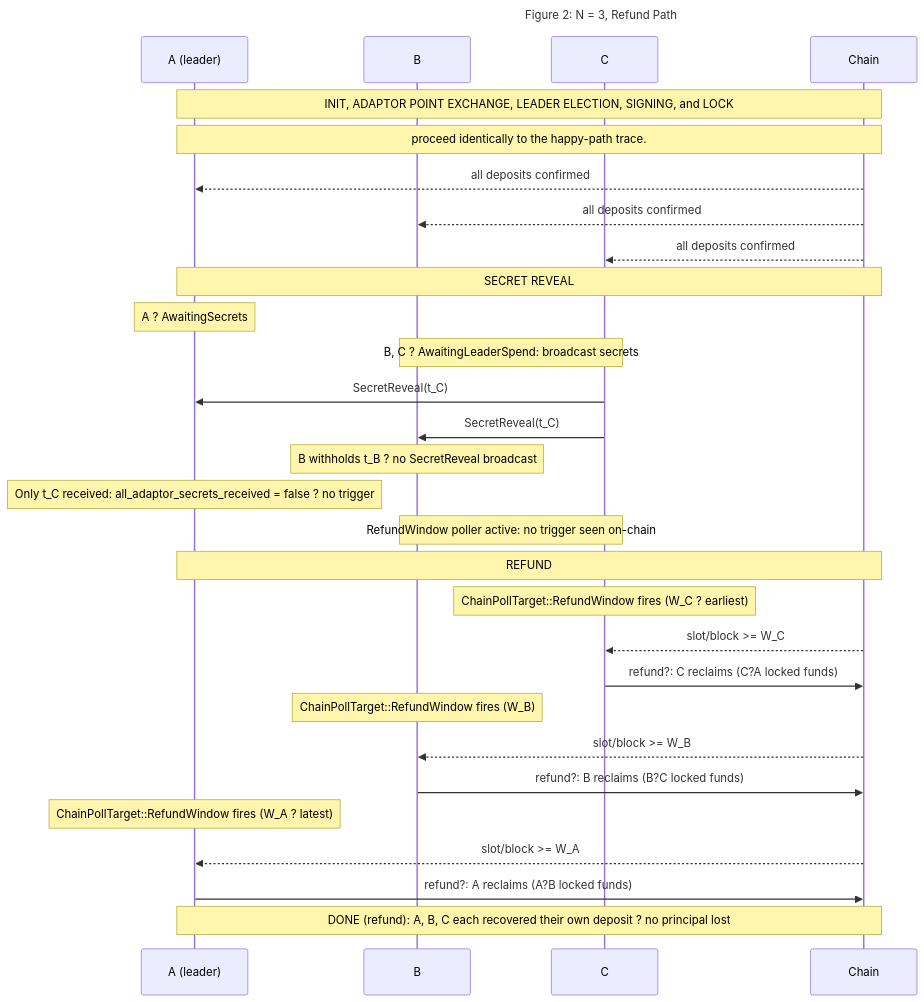
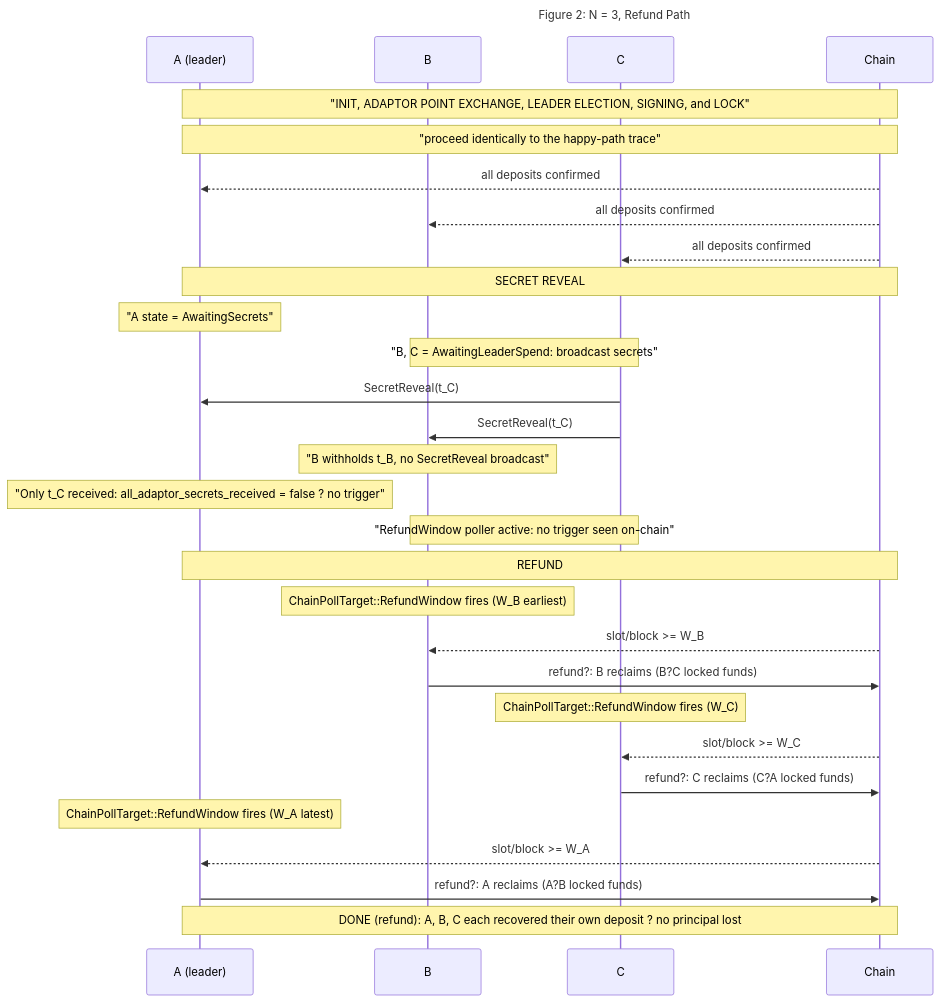
One commit to input-output-hk/cyclic-atomic-swap changed the second of 2 diagrams in docs/arc42/5_bbw_examples.md. Above: the diagram before and after it, drawn with Mermaid. The commit also changed other lines of this file, not shown here.

Commit message:
arc42 1 Introduction. and Goals; 5 Building Block View examples corrected.

````diff
--- a/docs/arc42/5_bbw_examples.md
+++ b/docs/arc42/5_bbw_examples.md
@@ -109,41 +109,41 @@
 ```mermaid
 ---
 title: "Figure 2: N = 3, Refund Path"
 ---
 sequenceDiagram
     participant A as A (leader)
     participant B as B
     participant C as C
     participant Chain as Chain
 
-    Note over A,Chain: INIT, ADAPTOR POINT EXCHANGE, LEADER ELECTION, SIGNING, and LOCK
-    Note over A,Chain: proceed identically to the happy-path trace.
+    Note over A,Chain: "INIT, ADAPTOR POINT EXCHANGE, LEADER ELECTION, SIGNING, and LOCK"
+    Note over A,Chain: "proceed identically to the happy-path trace"
 
     Chain-->>A: all deposits confirmed
     Chain-->>B: all deposits confirmed
     Chain-->>C: all deposits confirmed
 
     Note over A,Chain: SECRET REVEAL
-    Note over A: A ? AwaitingSecrets
-    Note over B,C: B, C ? AwaitingLeaderSpend: broadcast secrets
+    Note over A: "A state = AwaitingSecrets"
+    Note over B,C: "B, C = AwaitingLeaderSpend: broadcast secrets"
     C->>A: SecretReveal(t_C)
     C->>B: SecretReveal(t_C)
-    Note over B: B withholds t_B ? no SecretReveal broadcast
-    Note over A: Only t_C received: all_adaptor_secrets_received = false ? no trigger
-    Note over B,C: RefundWindow poller active: no trigger seen on-chain
+    Note over B: "B withholds t_B, no SecretReveal broadcast"
+    Note over A: "Only t_C received: all_adaptor_secrets_received = false ? no trigger"
+    Note over B,C: "RefundWindow poller active: no trigger seen on-chain"
 
-    Note over A,Chain: REFUND 
-    Note over C: ChainPollTarget::RefundWindow fires (W_C ? earliest)
+    Note over A,Chain: REFUND
+    Note over B: ChainPollTarget::RefundWindow fires (W_B earliest)
+    Chain-->>B: slot/block >= W_B
+    B->>Chain: refund?: B reclaims (B?C locked funds)
+
+    Note over C: ChainPollTarget::RefundWindow fires (W_C)
     Chain-->>C: slot/block >= W_C
     C->>Chain: refund?: C reclaims (C?A locked funds)
 
-    Note over B: ChainPollTarget::RefundWindow fires (W_B)
-    Chain-->>B: slot/block >= W_B
-    B->>Chain: refund?: B reclaims (B?C locked funds)
-
-    Note over A: ChainPollTarget::RefundWindow fires (W_A ? latest)
+    Note over A: ChainPollTarget::RefundWindow fires (W_A latest)
     Chain-->>A: slot/block >= W_A
     A->>Chain: refund?: A reclaims (A?B locked funds)
 
     Note over A,Chain: DONE (refund): A, B, C each recovered their own deposit ? no principal lost
 ```
````
